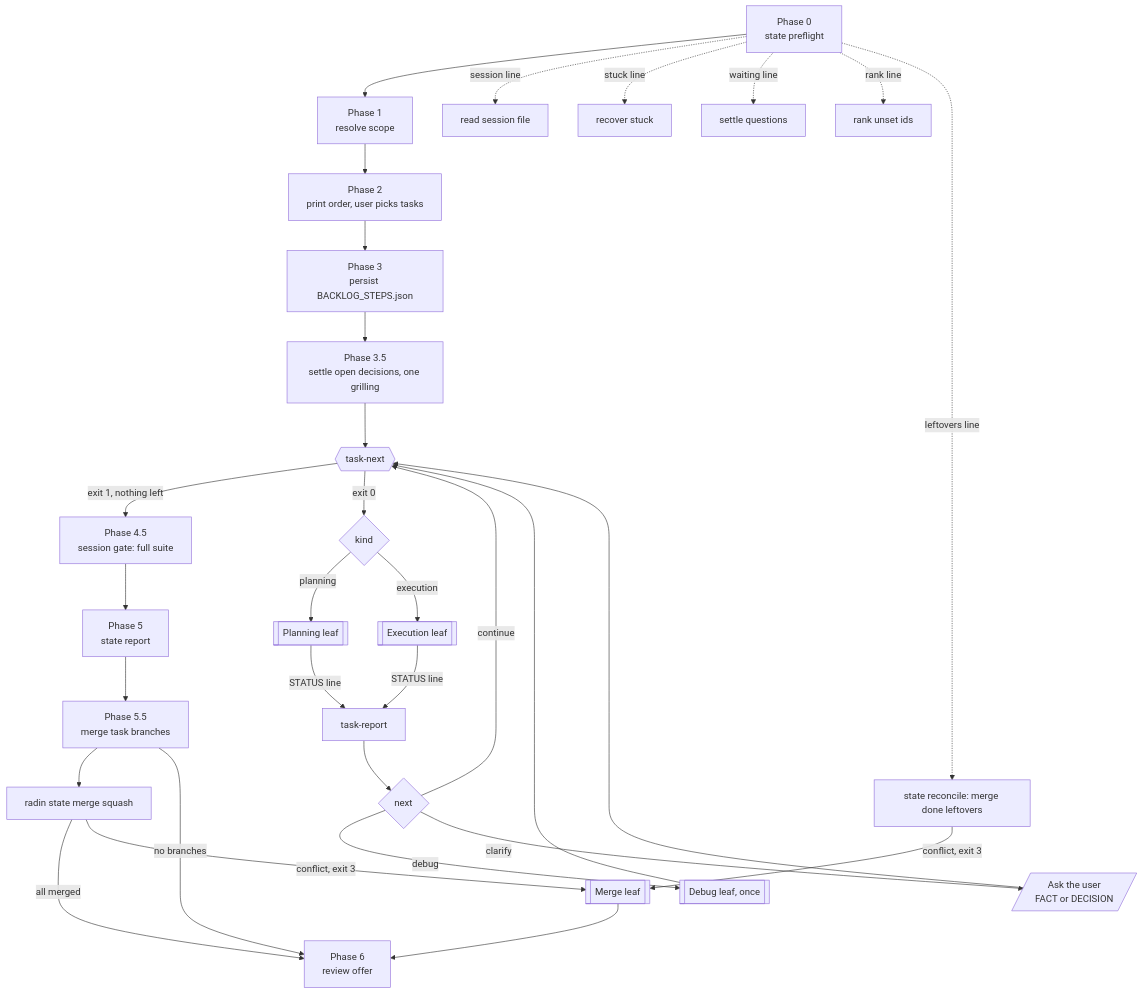
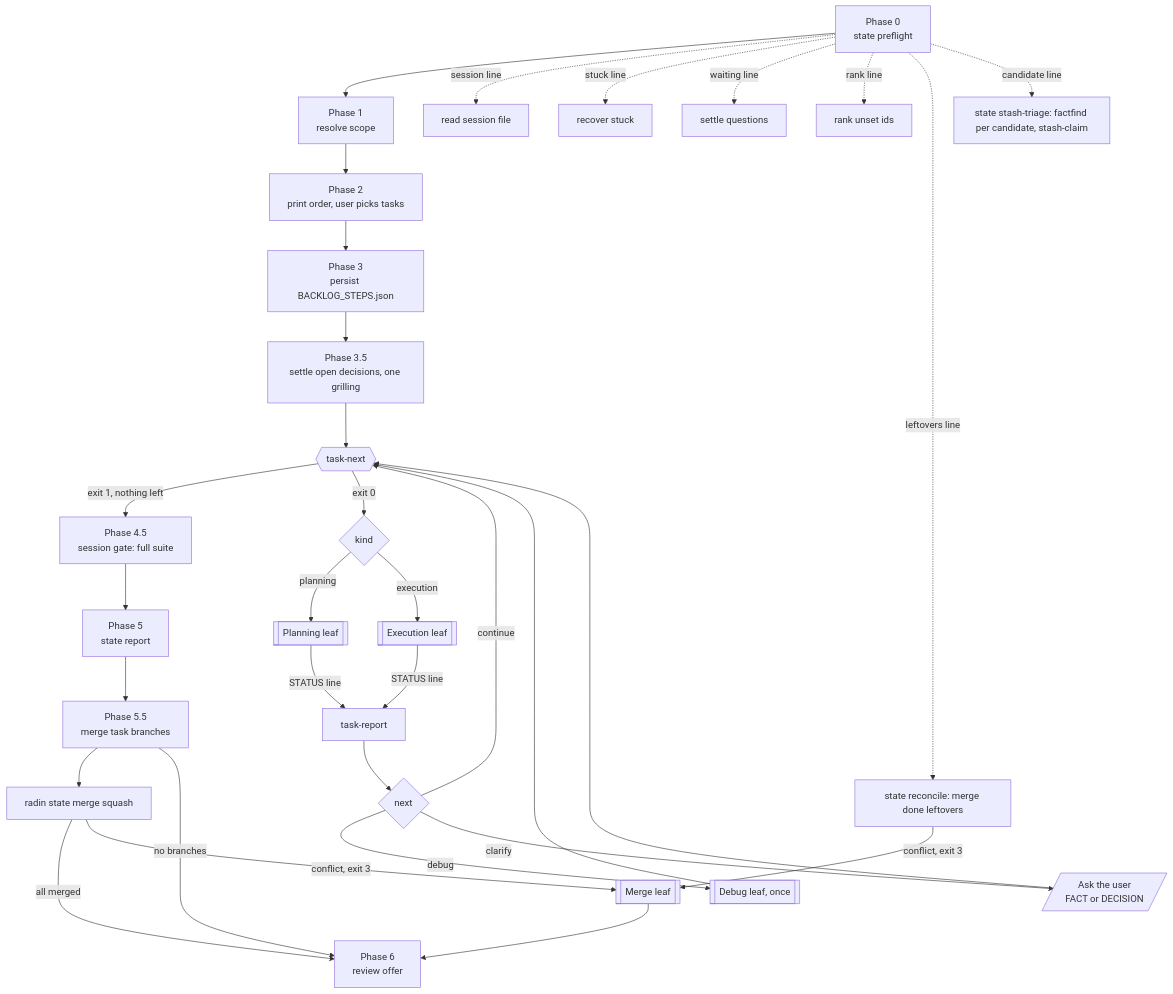
One commit to shortcuts/radin changed the diagram in docs/lifecycle/router-loop.mmd. Above: the diagram before and after it, drawn with Mermaid. The commit also changed 7 other files, not shown here.

```diff
--- a/docs/lifecycle/router-loop.mmd
+++ b/docs/lifecycle/router-loop.mmd
@@ -1,31 +1,32 @@
 flowchart TD
   p0[Phase 0<br/>state preflight] --> p1[Phase 1<br/>resolve scope]
   p0 -. session line .-> note1[read session file]
   p0 -. stuck line .-> note2[recover stuck]
   p0 -. waiting line .-> note3[settle questions]
   p0 -. rank line .-> note4[rank unset ids]
   p0 -. leftovers line .-> note5[state reconcile: merge done leftovers]
   note5 -- conflict, exit 3 --> leafM
+  p0 -. candidate line .-> note6[state stash-triage: factfind per candidate, stash-claim]
   p1 --> p2[Phase 2<br/>print order, user picks tasks]
   p2 --> p3[Phase 3<br/>persist BACKLOG_STEPS.json]
   p3 --> p35[Phase 3.5<br/>settle open decisions, one grilling]
   p35 --> next{{task-next}}
   next -- exit 1, nothing left --> p45[Phase 4.5<br/>session gate: full suite]
   next -- exit 0 --> kind{kind}
   kind -- planning --> leafP[[Planning leaf]]
   kind -- execution --> leafE[[Execution leaf]]
   leafE -- STATUS line --> report[task-report]
   leafP -- STATUS line --> report
   report --> route{next}
   route -- continue --> next
   route -- debug --> debug[[Debug leaf, once]]
   debug --> next
   route -- clarify --> user[/Ask the user<br/>FACT or DECISION/]
   user --> next
   p45 --> p5[Phase 5<br/>state report]
   p5 --> p55[Phase 5.5<br/>merge task branches]
   p55 --> mergeCli[radin state merge squash]
   mergeCli -- all merged --> p6
   mergeCli -- conflict, exit 3 --> leafM[[Merge leaf]]
   p55 -- no branches --> p6
   leafM --> p6[Phase 6<br/>review offer]
```
